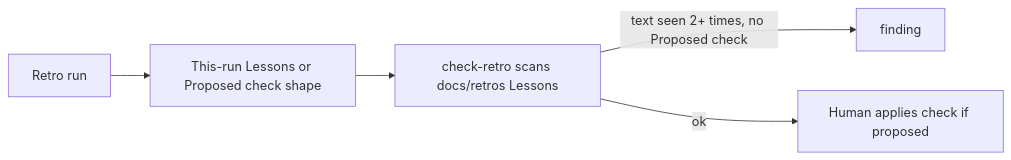
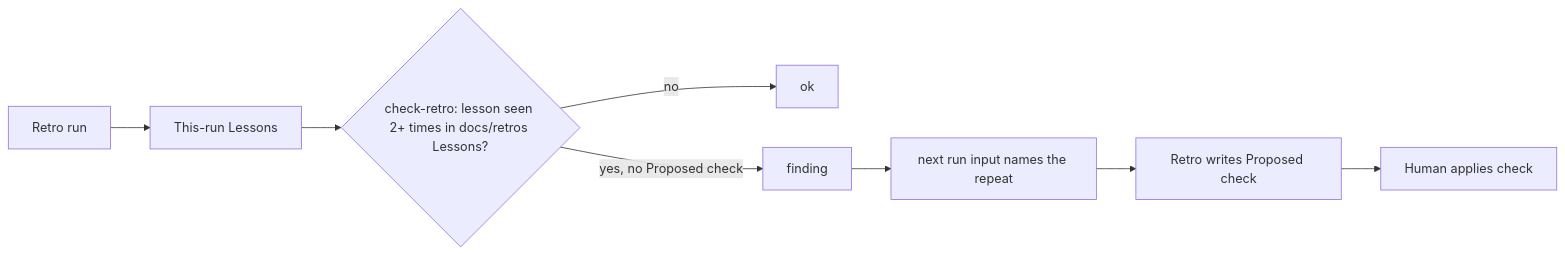
One commit to svennijhuis/agentPacks changed the diagram in docs/pbi/17-retro-repeat-to-check.md. Above: the diagram before and after it, drawn with Mermaid. The commit also changed other lines of this file, not shown here.

Commit message:
docs(pbi): PBI-17 one detector (check-retro), retro writes Proposed check only when input names the repeat

````diff
--- a/docs/pbi/17-retro-repeat-to-check.md
+++ b/docs/pbi/17-retro-repeat-to-check.md
@@ -38,7 +38,10 @@
 ```mermaid
 flowchart LR
-  R[Retro run] --> P[This-run Lessons or Proposed check shape]
-  P --> C[check-retro scans docs/retros Lessons]
-  C -->|text seen 2+ times, no Proposed check| F[finding]
-  C -->|ok| H[Human applies check if proposed]
+  R[Retro run] --> P[This-run Lessons]
+  P --> C{"check-retro: lesson seen 2+ times in docs/retros Lessons?"}
+  C -->|no| OK[ok]
+  C -->|yes, no Proposed check| F[finding]
+  F --> N[next run input names the repeat]
+  N --> W[Retro writes Proposed check]
+  W --> H[Human applies check]
 ```
````
